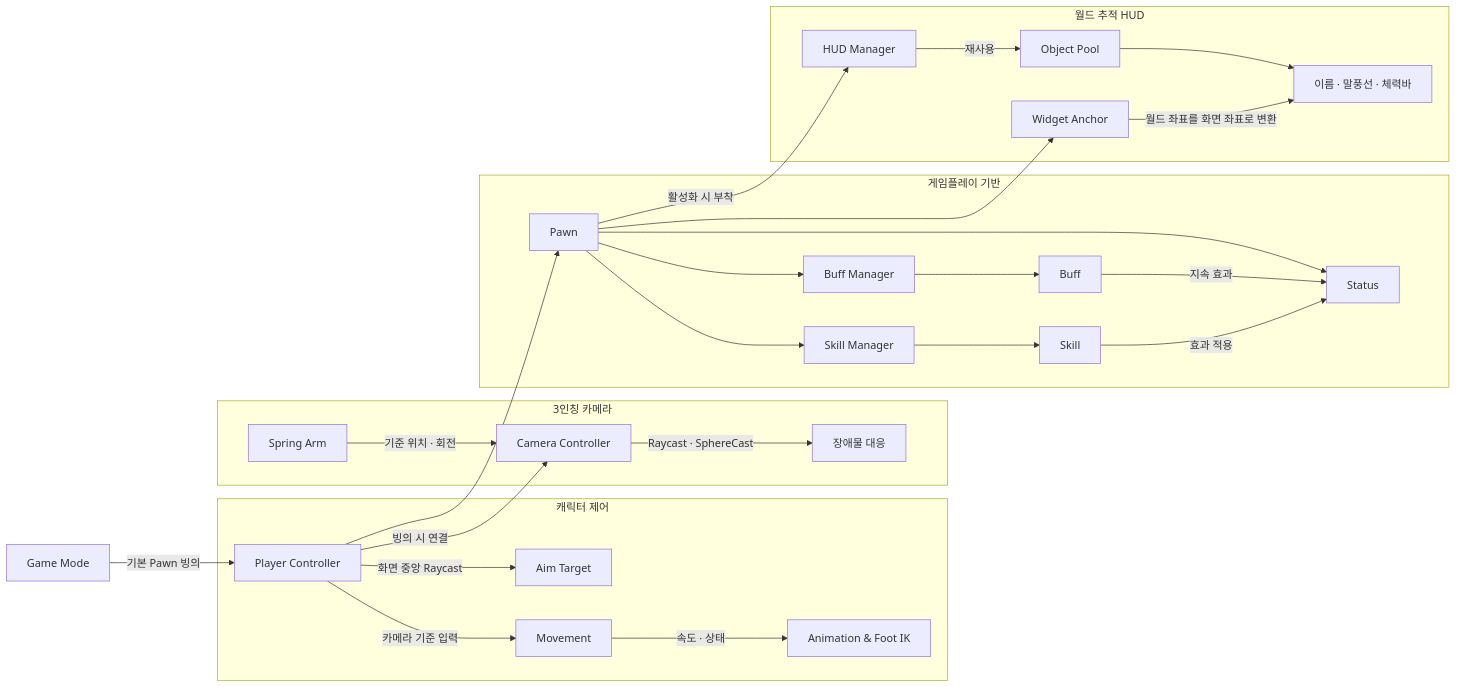
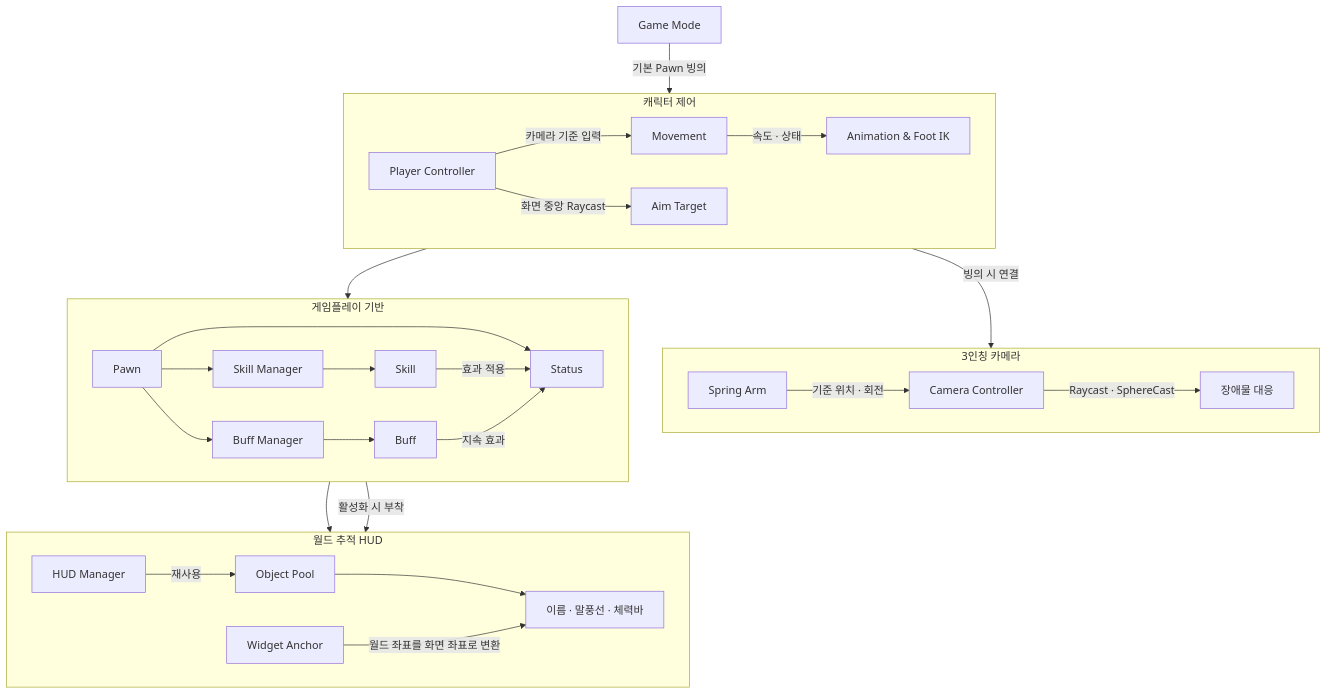
One commit to MDJ0126/DJUnityFramework changed the diagram in README.md. Above: the diagram before and after it, drawn with Mermaid.

Commit message:
수정

````diff
--- a/README.md
+++ b/README.md
@@ -33,36 +33,40 @@
 ```mermaid
-flowchart LR
+flowchart TB
     GameMode[Game Mode] -->|기본 Pawn 빙의| Controller[Player Controller]
 
     subgraph Control[캐릭터 제어]
+        direction LR
         Controller -->|카메라 기준 입력| Movement[Movement]
         Movement -->|속도 · 상태| Animation[Animation & Foot IK]
         Controller -->|화면 중앙 Raycast| Aim[Aim Target]
     end
 
     subgraph Camera[3인칭 카메라]
+        direction LR
         Controller -->|빙의 시 연결| CameraController[Camera Controller]
         SpringArm[Spring Arm] -->|기준 위치 · 회전| CameraController
         CameraController -->|Raycast · SphereCast| Collision[장애물 대응]
     end
 
     Controller --> Pawn[Pawn]
 
     subgraph Gameplay[게임플레이 기반]
+        direction LR
         Pawn --> SkillManager[Skill Manager]
         Pawn --> BuffManager[Buff Manager]
         Pawn --> Status[Status]
         SkillManager --> Skill[Skill]
         BuffManager --> Buff[Buff]
         Skill -->|효과 적용| Status
         Buff -->|지속 효과| Status
     end
 
     subgraph UI[월드 추적 HUD]
+        direction LR
         Pawn --> Anchor[Widget Anchor]
         Pawn -->|활성화 시 부착| HUDManager[HUD Manager]
         HUDManager -->|재사용| Pool[Object Pool]
         Pool --> FollowHUD[이름 · 말풍선 · 체력바]
         Anchor -->|월드 좌표를 화면 좌표로 변환| FollowHUD
     end
 ```
````
